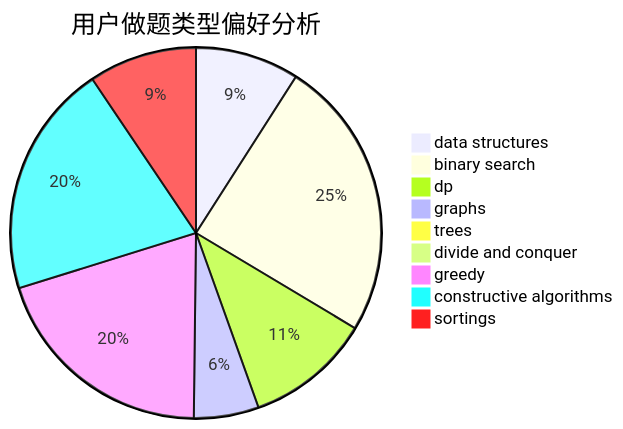
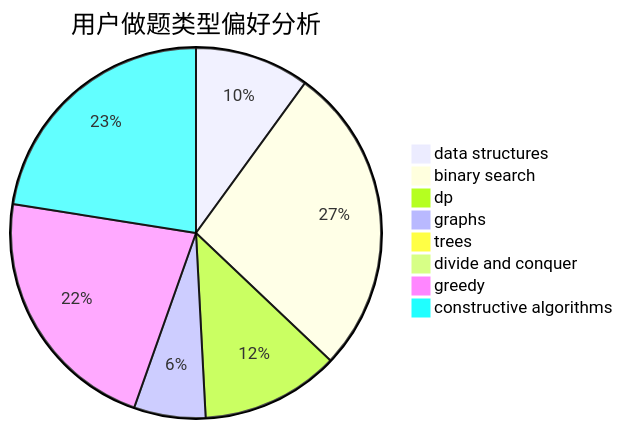
Before and after one commit to sherpahu/cfrs.github.io: the second of 3 diagrams in docs/user/u684.md, drawn with Mermaid. The commit also changed other lines of this file and 2769 other files, not shown here.

````diff
--- a/docs/user/u684.md
+++ b/docs/user/u684.md
@@ -18,12 +18,11 @@
 ```mermaid
 pie title 用户做题类型偏好分析
     "data structures" :  48
     "binary search" :  130
     "dp" :  58
     "graphs" :  30
     "trees" :  0
     "divide and conquer" :  0
     "greedy" :  106
     "constructive algorithms" :  108
-    "sortings" :  50
 ```
````
